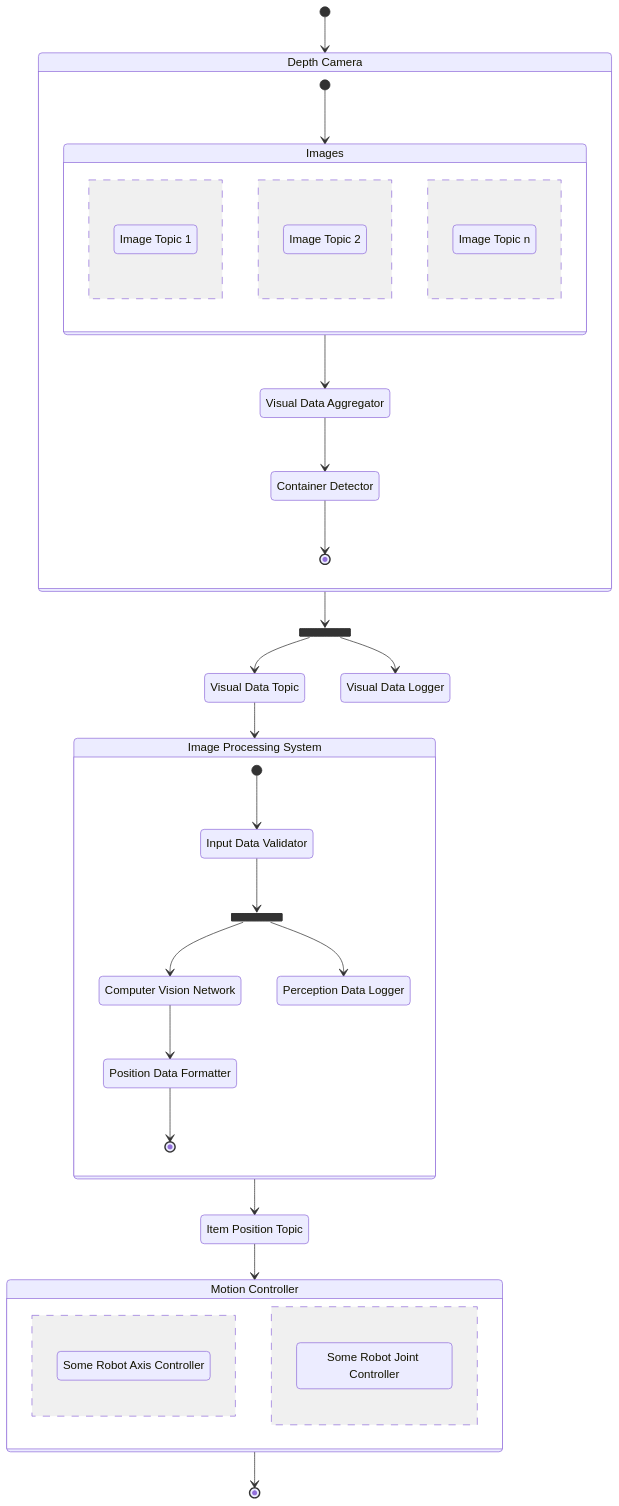
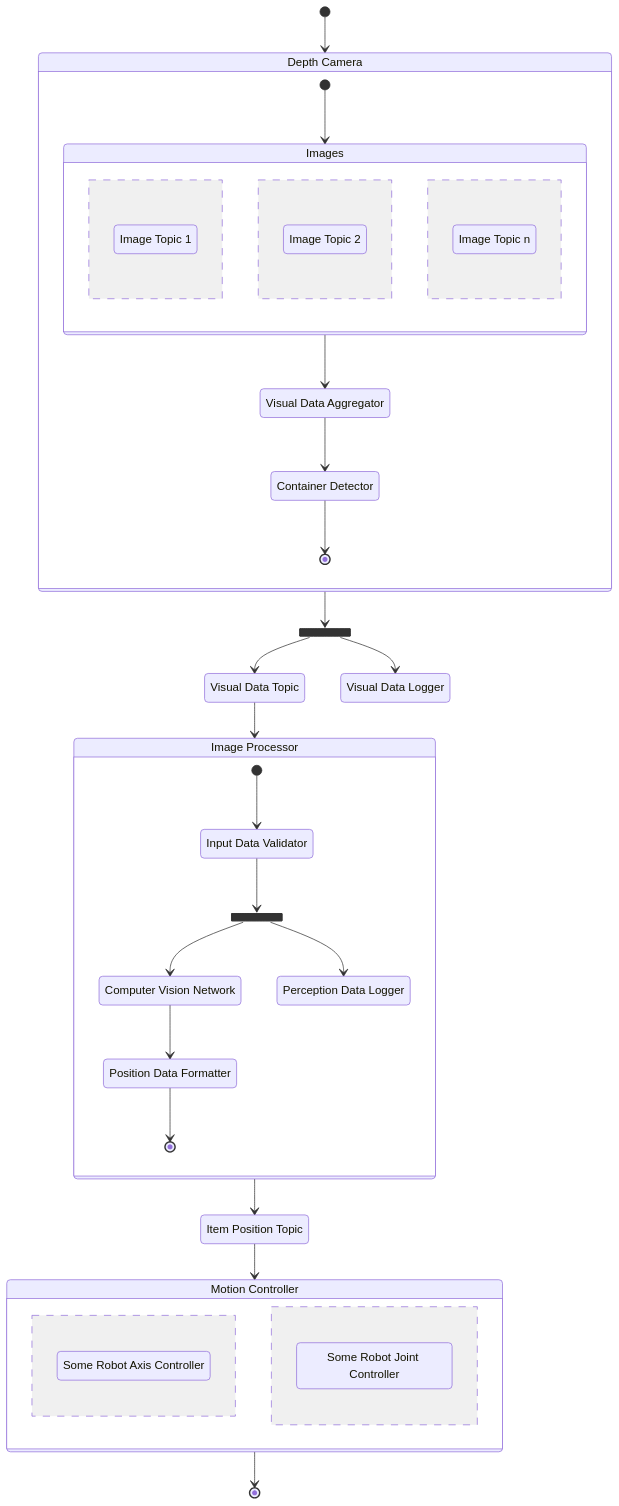
The diagram in assessments/design.md (kanbanyte/sepa), drawn with Mermaid before and after one commit. The commit also changed other lines of this file, not shown here.

Commit message:
Apply suggestions from code review

````diff
--- a/assessments/design.md
+++ b/assessments/design.md
@@ -98,69 +97,69 @@
 ```mermaid
 stateDiagram-v2
 	direction TB
 	state fork1 <<fork>>
 	state fork2 <<fork>>
 
 	%% Topics
 	state "Image Topic 1" as Img1
 	state "Image Topic 2" as Img2
 	state "Image Topic n" as ImgN
 	state "Visual Data Topic" as VisualData
 	state "Item Position Topic" as Item
 
 	%% Sub-components in the Depth Camera
 	state "Visual Data Aggregator" as Aggregator
 	state "Container Detector" as Detector
 	state "Visual Data Logger" as CameraLog
 
 	%% Sub-components in the Image Processing System
 	state "Input Data Validator" as Validator
 	state "Computer Vision Network" as Network
 	state "Perception Data Logger" as SystemLog
 	state "Position Data Formatter" as Formatter
 
 	%% Sub-components in the Motion Controller
 	state "Some Robot Axis Controller" as AxisCtrl
 	state "Some Robot Joint Controller" as JointCtrl
 
 	%% Components and relationships within them
 	state "Depth Camera" as Camera {
 		[*] --> Images
 		Images --> Aggregator
 		Aggregator --> Detector
 		Detector --> [*]
 	}
 
-	state "Image Processing System" as ImgProcessor {
+	state "Image Processor" as ImgProcessor {
 		[*] --> Validator
 		Validator --> fork1
 		fork1 --> Network
 		fork1 --> SystemLog
 		Network --> Formatter
 		Formatter --> [*]
 	}
 
 	state "Motion Controller" as Controller {
 		AxisCtrl
 		--
 		JointCtrl
 	}
 
 	%% Further Implemented Concurrency
 	state Images {
 		Img1
 		--
 		Img2
 		--
 		ImgN
 	}
 
 	[*] --> Camera
 	Camera --> fork2
 	fork2 --> VisualData
 	fork2 --> CameraLog
 	VisualData --> ImgProcessor
 	ImgProcessor --> Item
 	Item --> Controller
 	Controller --> [*]
 ```
````
